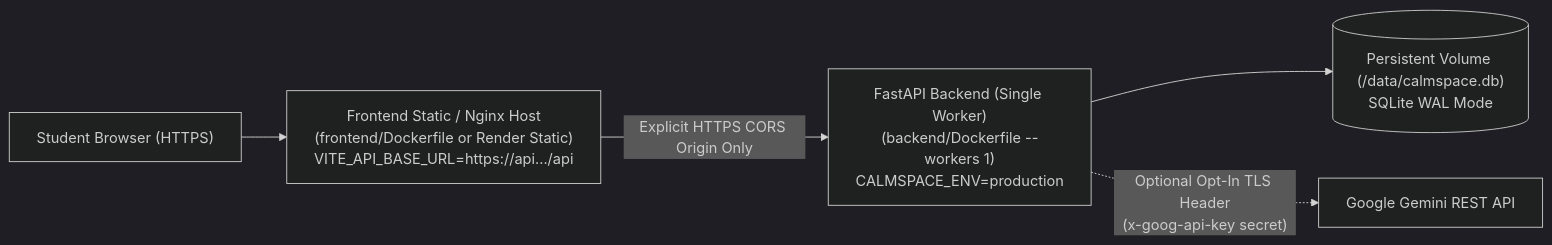
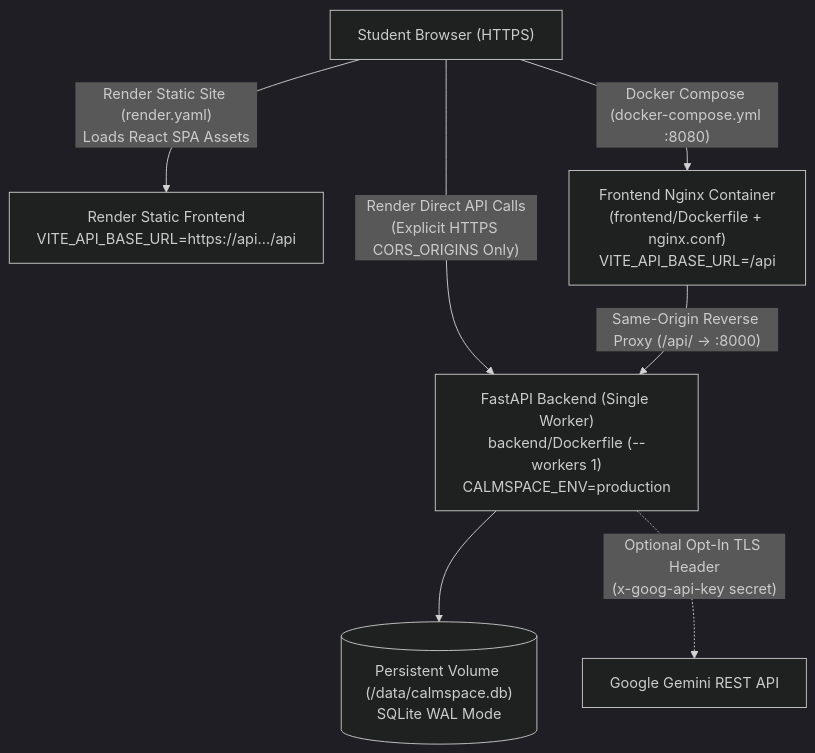
Before and after one commit to nikhi20-900/calmspace: the seventh of 7 diagrams in README.md, drawn with Mermaid (dark theme). The commit also changed other lines of this file, not shown here.

Commit message:
docs(readme): address PR #38 review accuracy, demo scope, and mobile diagram layout

````diff
--- a/README.md
+++ b/README.md
@@ -305,7 +316,13 @@
 ```mermaid
-flowchart LR
-    User["Student Browser (HTTPS)"] --> FEHost["Frontend Static / Nginx Host<br/>(frontend/Dockerfile or Render Static)<br/>VITE_API_BASE_URL=https://api.../api"]
-    FEHost -->|"Explicit HTTPS CORS Origin Only"| BEHost["FastAPI Backend (Single Worker)<br/>(backend/Dockerfile --workers 1)<br/>CALMSPACE_ENV=production"]
+flowchart TD
+    User["Student Browser (HTTPS)"]
+
+    User -->|"Render Static Site (render.yaml)<br/>Loads React SPA Assets"| RenderFE["Render Static Frontend<br/>VITE_API_BASE_URL=https://api.../api"]
+    User -->|"Render Direct API Calls<br/>(Explicit HTTPS CORS_ORIGINS Only)"| BEHost["FastAPI Backend (Single Worker)<br/>backend/Dockerfile (--workers 1)<br/>CALMSPACE_ENV=production"]
+
+    User -->|"Docker Compose (docker-compose.yml :8080)"| Nginx["Frontend Nginx Container<br/>(frontend/Dockerfile + nginx.conf)<br/>VITE_API_BASE_URL=/api"]
+    Nginx -->|"Same-Origin Reverse Proxy (/api/ -> :8000)"| BEHost
+
     BEHost --> Disk[("Persistent Volume (/data/calmspace.db)<br/>SQLite WAL Mode")]
     BEHost -.->|"Optional Opt-In TLS Header<br/>(x-goog-api-key secret)"| Gemini["Google Gemini REST API"]
 ```
````
